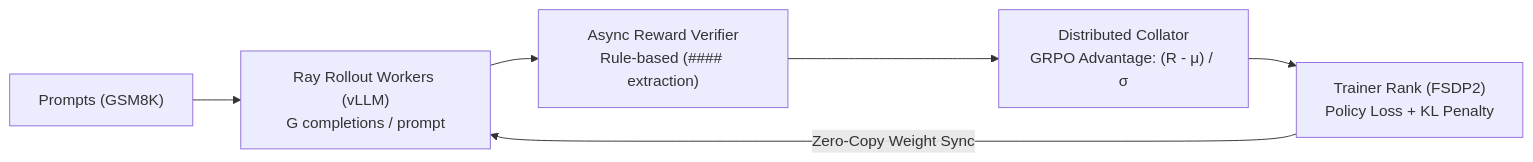
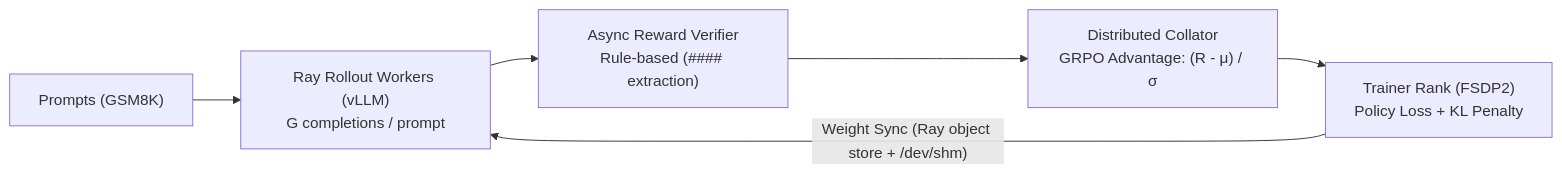
Before and after one commit to firnlabs/vrollout: the diagram in README.md, drawn with Mermaid. The commit also changed other lines of this file, not shown here.

Commit message:
docs(readme): update weight sync, gsm8k notes (#63)

````diff
--- a/README.md
+++ b/README.md
@@ -19,8 +19,8 @@
 ```mermaid
 flowchart LR
     A["Prompts (GSM8K)"] --> B["Ray Rollout Workers (vLLM)\nG completions / prompt"]
     B --> C["Async Reward Verifier\nRule-based (#### extraction)"]
     C --> D["Distributed Collator\nGRPO Advantage: (R - μ) / σ"]
     D --> E["Trainer Rank (FSDP2)\nPolicy Loss + KL Penalty"]
-    E -->|Zero-Copy Weight Sync| B
+    E -->|"Weight Sync (Ray object store + /dev/shm)"| B
 ```
````
